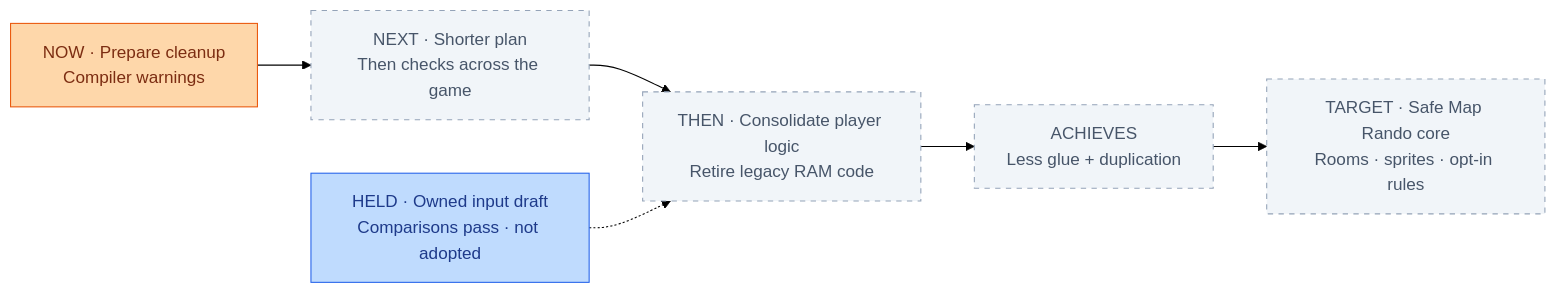
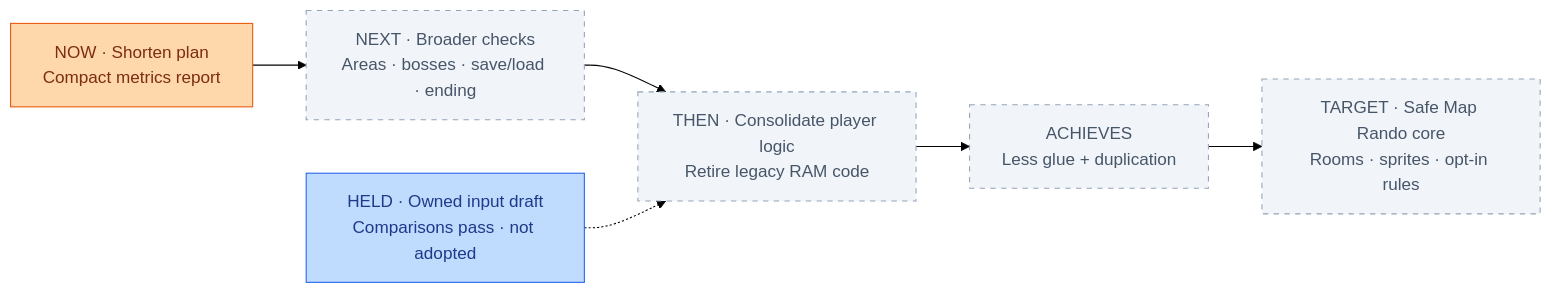
The first of 28 diagrams in PROGRESS.md (JimLundin/sm-decomp), drawn with Mermaid (forest theme) before and after one commit. The commit also changed other lines of this file and 54 other files, not shown here.

````diff
--- a/PROGRESS.md
+++ b/PROGRESS.md
@@ -3,14 +3,14 @@
 ```mermaid
 flowchart LR
-    NOW["NOW · Prepare cleanup<br/>Compiler warnings"]:::active
-    NEXT["NEXT · Shorter plan<br/>Then checks across the game"]:::pending
+    NOW["NOW · Shorten plan<br/>Compact metrics report"]:::active
+    NEXT["NEXT · Broader checks<br/>Areas · bosses · save/load · ending"]:::pending
     THEN["THEN · Consolidate player logic<br/>Retire legacy RAM code"]:::pending
     GAIN["ACHIEVES<br/>Less glue + duplication"]:::pending
     TARGET["TARGET · Safe Map Rando core<br/>Rooms · sprites · opt-in rules"]:::pending
     HELD["HELD · Owned input draft<br/>Comparisons pass · not adopted"]:::draft
     NOW --> NEXT --> THEN --> GAIN --> TARGET
     HELD -.-> THEN
     classDef draft fill:#bfdbfe,stroke:#2563eb,color:#1e3a8a
     classDef active fill:#fed7aa,stroke:#ea580c,color:#7c2d12
     classDef pending fill:#f1f5f9,stroke:#94a3b8,color:#475569,stroke-dasharray:5 5
 ```
````
